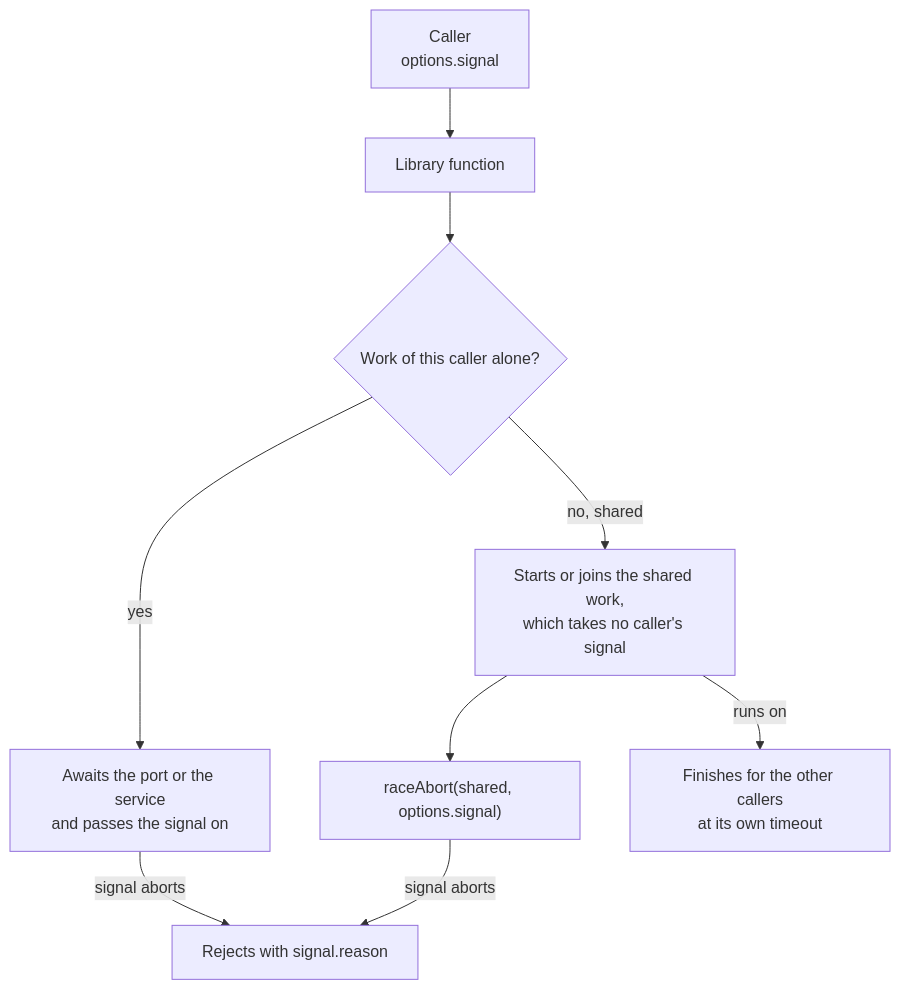
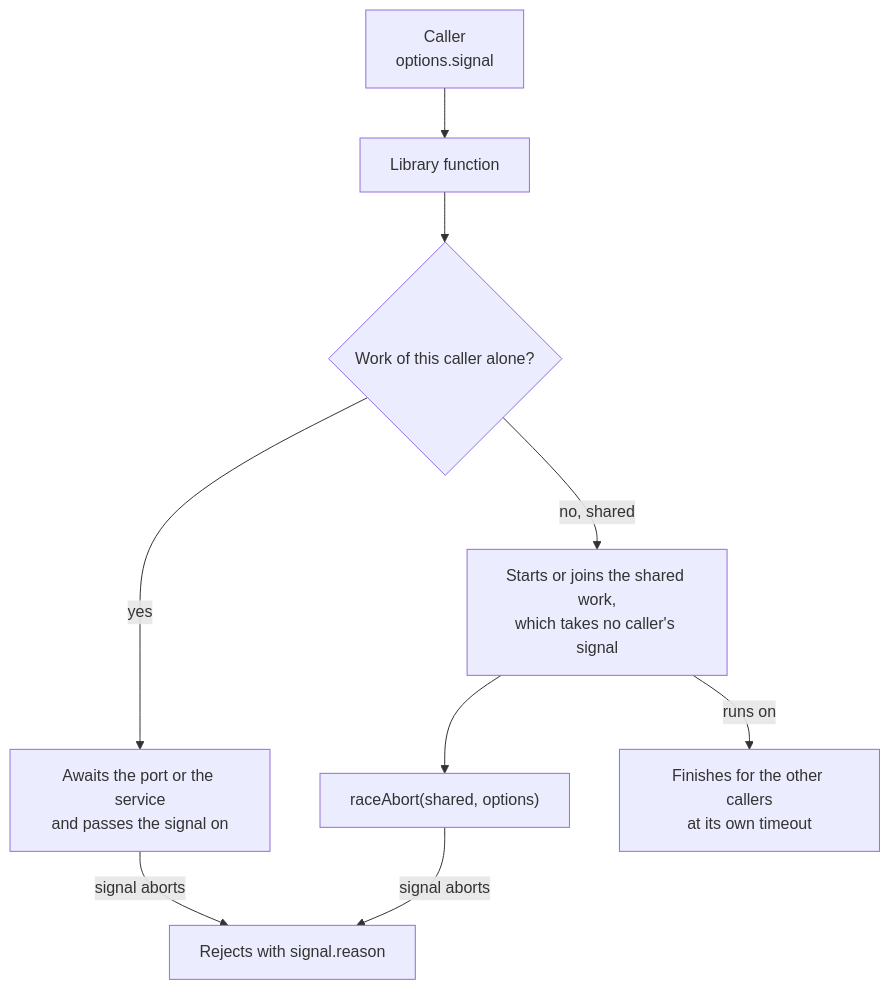
One commit to interopkit/interopkit changed the diagram in docs/core/signals.md. Above: the diagram before and after it, drawn with Mermaid. The commit also changed other lines of this file and 121 other files, not shown here.

````diff
--- a/docs/core/signals.md
+++ b/docs/core/signals.md
@@ -6,11 +6,11 @@
 ```mermaid
 flowchart TD
   caller["Caller<br/>options.signal"] --> fn["Library function"]
   fn --> own{"Work of this caller alone?"}
   own -->|"yes"| port["Awaits the port or the service<br/>and passes the signal on"]
   own -->|"no, shared"| shared["Starts or joins the shared work,<br/>which takes no caller's signal"]
-  shared --> wait["raceAbort(shared, options.signal)"]
+  shared --> wait["raceAbort(shared, options)"]
   port -->|"signal aborts"| reason["Rejects with signal.reason"]
   wait -->|"signal aborts"| reason
   shared -->|"runs on"| done["Finishes for the other callers<br/>at its own timeout"]
 ```
````
